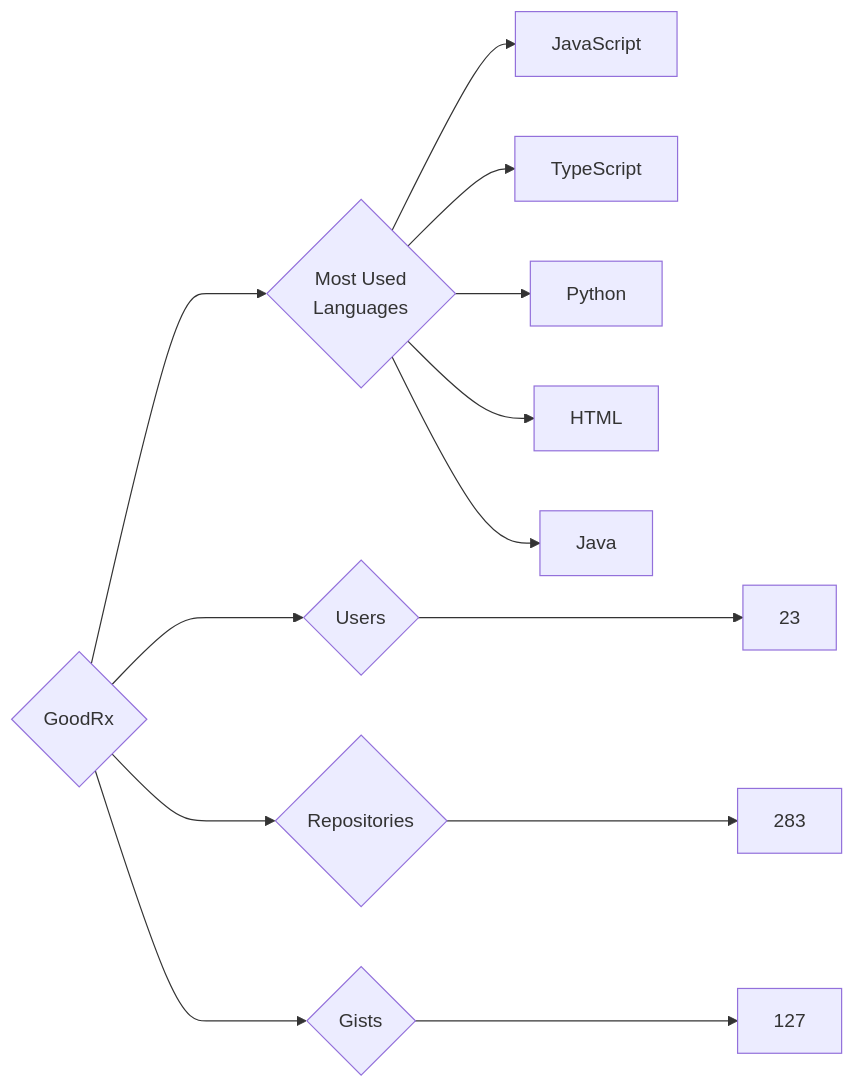
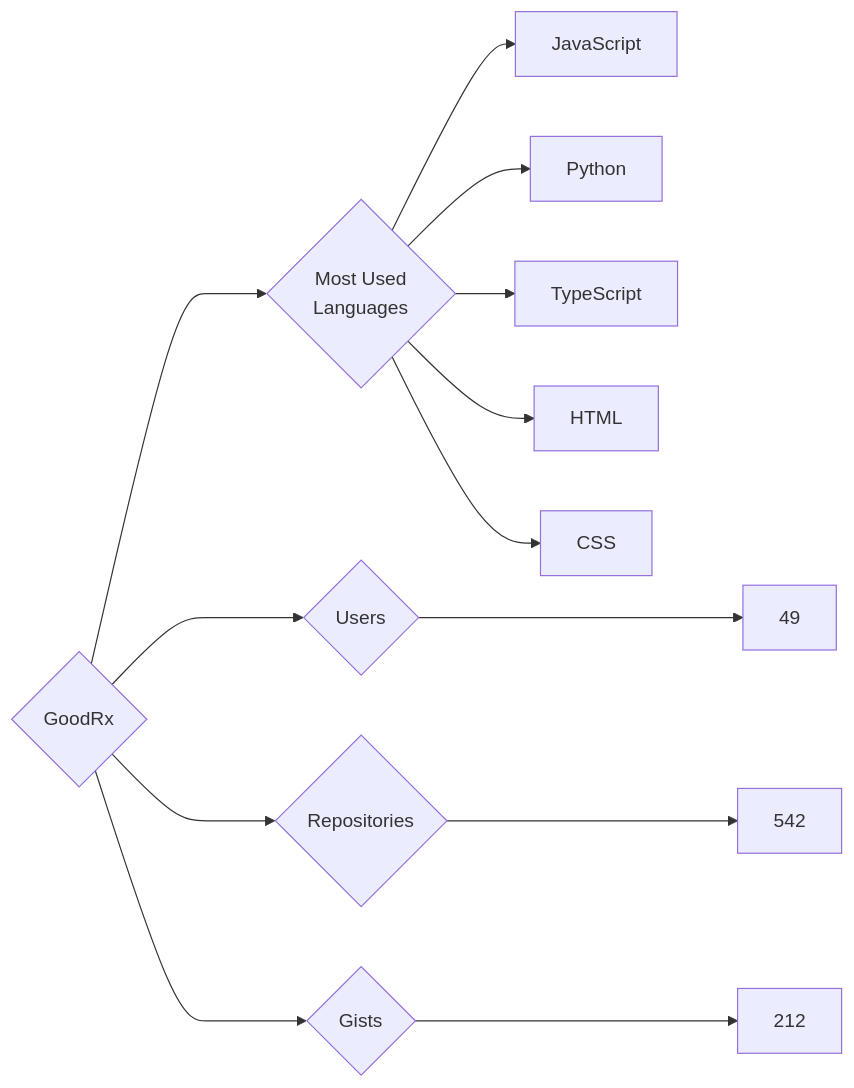
One commit to trickest/insiders changed the diagram in targets/GoodRx/README.md. Above: the diagram before and after it, drawn with Mermaid. The commit also changed 757 other files, not shown here.

````diff
--- a/targets/GoodRx/README.md
+++ b/targets/GoodRx/README.md
@@ -3,13 +3,13 @@
 ```mermaid
 graph LR
 COMPANY_NAME{GoodRx}
-COMPANY_NAME ---> U{Users} ---> UN[23]
-COMPANY_NAME ---> R{Repositories} ---> RN[283]
-COMPANY_NAME ---> G{Gists} ---> GN[127]
+COMPANY_NAME ---> U{Users} ---> UN[49]
+COMPANY_NAME ---> R{Repositories} ---> RN[542]
+COMPANY_NAME ---> G{Gists} ---> GN[212]
 COMPANY_NAME ---> ML{Most Used<br>Languages}
 ML --> JavaScript[JavaScript]
+ML --> Python[Python]
 ML --> TypeScript[TypeScript]
-ML --> Python[Python]
 ML --> HTML[HTML]
-ML --> Java[Java]
+ML --> CSS[CSS]
 ```
````
